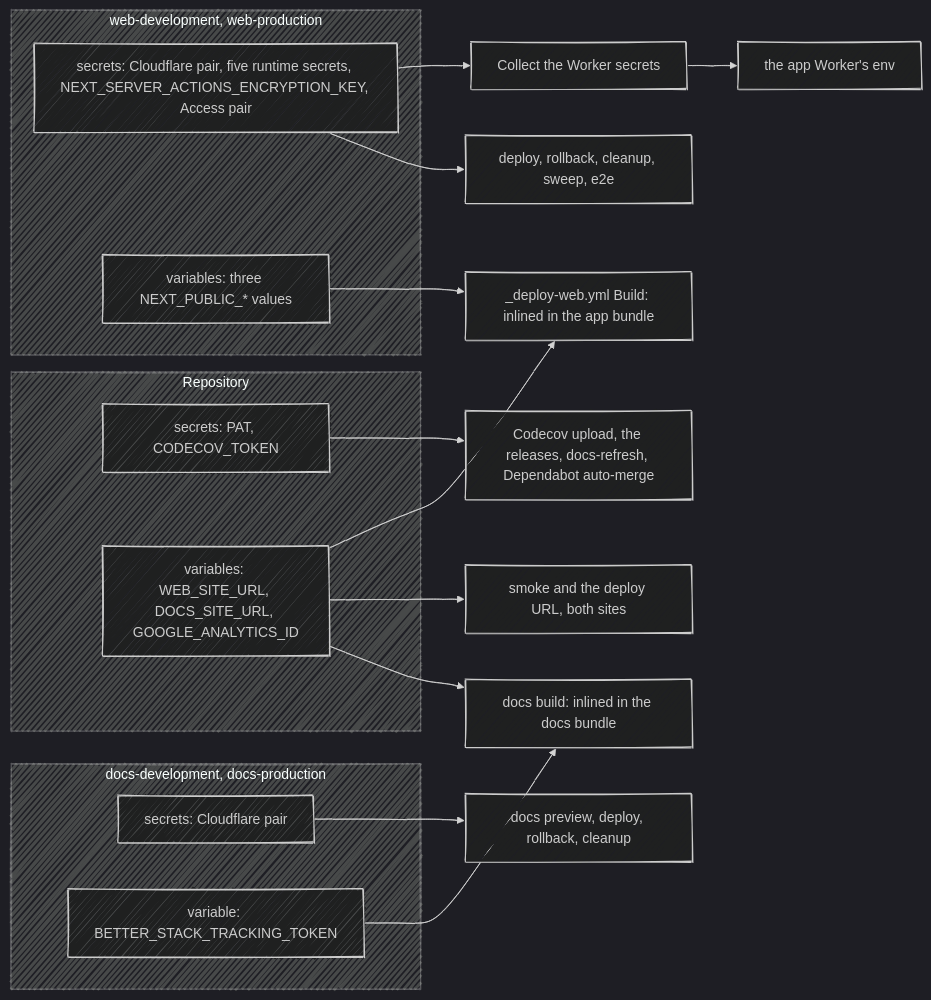
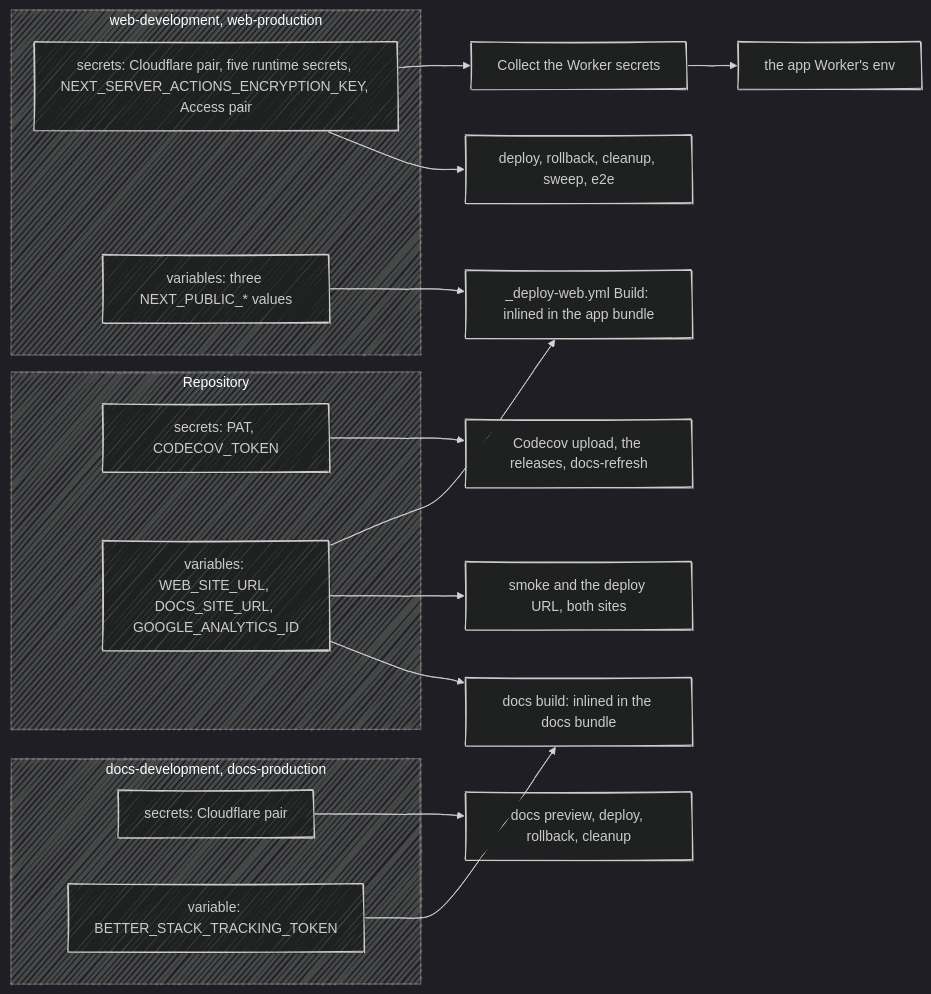
Before and after one commit to fbuireu/forever-pto: the diagram in apps/docs/src/content/docs/infra/secrets.mdx, drawn with Mermaid (dark theme). The commit also changed other lines of this file and 4 other files, not shown here.

First line of the commit message:
ci: remove the Dependabot auto-merge, now that Dependabot opens no pull requests

````diff
--- a/apps/docs/src/content/docs/infra/secrets.mdx
+++ b/apps/docs/src/content/docs/infra/secrets.mdx
@@ -19,27 +19,27 @@
 ```mermaid
 ---
 config:
   look: handDrawn
   layout: dagre
 ---
 flowchart LR
   subgraph repo ["Repository"]
     RS["secrets: PAT, CODECOV_TOKEN"]
     RV["variables: WEB_SITE_URL, DOCS_SITE_URL, GOOGLE_ANALYTICS_ID"]
   end
   subgraph web ["web-development, web-production"]
     WS["secrets: Cloudflare pair, five runtime secrets, NEXT_SERVER_ACTIONS_ENCRYPTION_KEY, Access pair"]
     WV["variables: three NEXT_PUBLIC_* values"]
   end
   subgraph docs ["docs-development, docs-production"]
     DS["secrets: Cloudflare pair"]
     DV["variable: BETTER_STACK_TRACKING_TOKEN"]
   end
   WV & RV --> BUILD["_deploy-web.yml Build: inlined in the app bundle"]
   WS --> GUARD["Collect the Worker secrets"] --> WORKER["the app Worker's env"]
   WS --> CFJOBS["deploy, rollback, cleanup, sweep, e2e"]
   RV --> SMOKE["smoke and the deploy URL, both sites"]
   DV & RV --> DBUILD["docs build: inlined in the docs bundle"]
   DS --> DJOBS["docs preview, deploy, rollback, cleanup"]
-  RS --> CIJOBS["Codecov upload, the releases, docs-refresh, Dependabot auto-merge"]
+  RS --> CIJOBS["Codecov upload, the releases, docs-refresh"]
 ```
````
